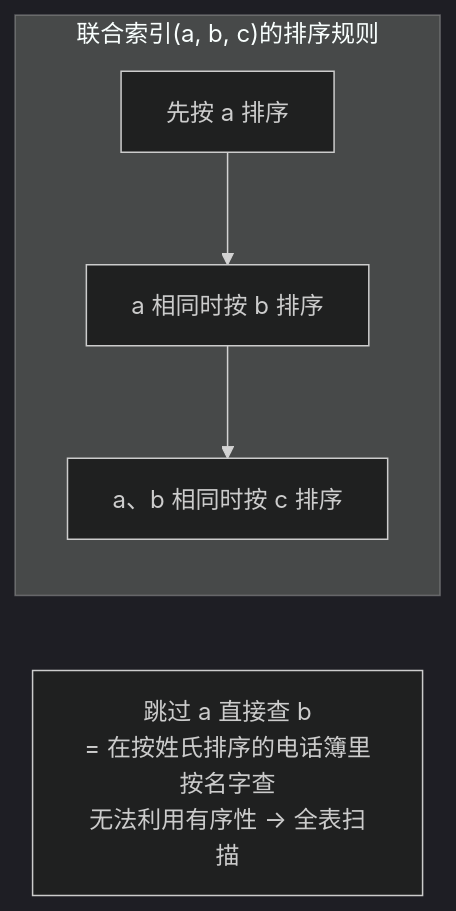
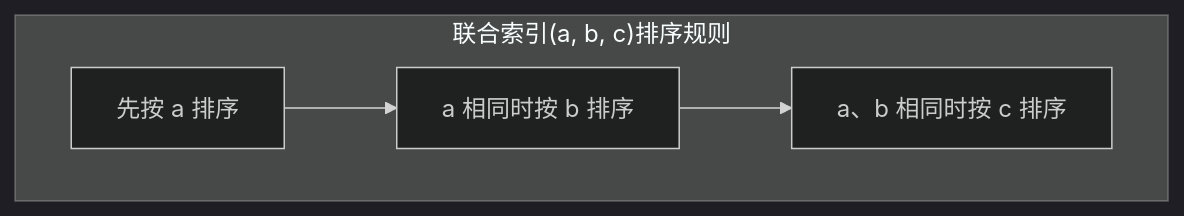
Before and after one commit to b1tzer/b1tzer.github.io: the diagram in docs/03-mysql/03-联合索引与索引失效.md, drawn with Mermaid (dark theme). The commit also changed other lines of this file, not shown here.

````diff
--- a/docs/03-mysql/03-联合索引与索引失效.md
+++ b/docs/03-mysql/03-联合索引与索引失效.md
@@ -37,7 +37,6 @@
 ```mermaid
-flowchart LR
-    subgraph "联合索引(a, b, c)的排序规则"
+flowchart TD
+    subgraph "联合索引(a, b, c)排序规则"
         A["先按 a 排序"] --> B["a 相同时按 b 排序"] --> C["a、b 相同时按 c 排序"]
     end
-    note["跳过 a 直接查 b\n= 在按姓氏排序的电话簿里按名字查\n无法利用有序性 → 全表扫描"]
 ```
````
